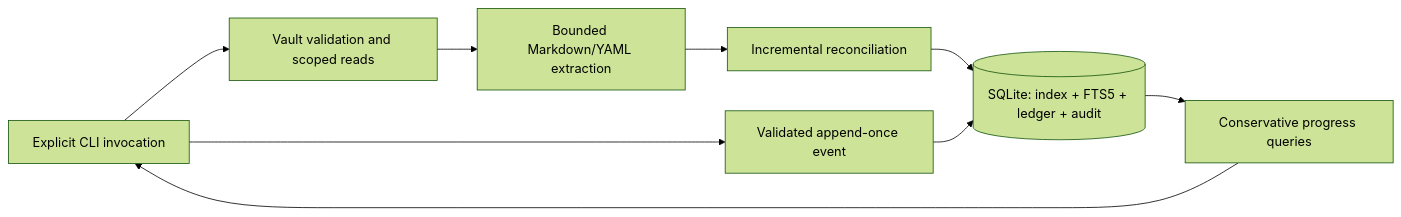
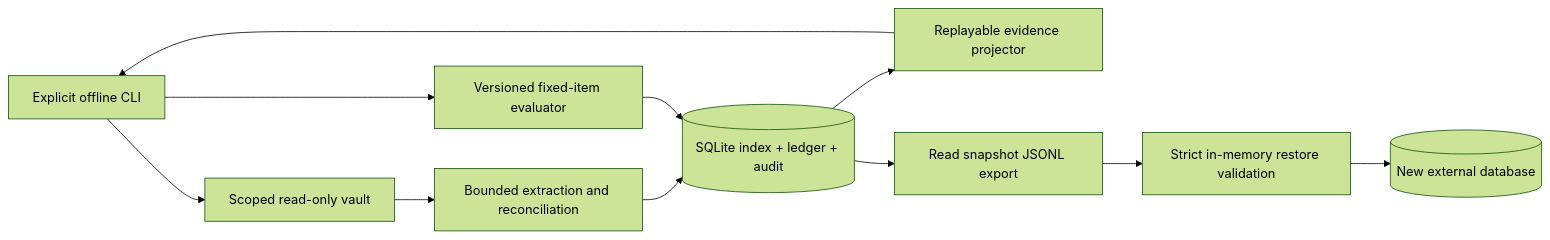
The diagram in docs/ARCHITECTURE.md (Yanyi-He/studybuddy), drawn with Mermaid (forest theme) before and after one commit. The commit also changed other lines of this file and 41 other files, not shown here.

Commit message:
feat: add versioned assessments and replayable learning evidence

````diff
--- a/docs/ARCHITECTURE.md
+++ b/docs/ARCHITECTURE.md
@@ -8,11 +8,13 @@
 ```mermaid
 flowchart LR
-    CLI[Explicit CLI invocation] --> V[Vault validation and scoped reads]
-    V --> P[Bounded Markdown/YAML extraction]
-    P --> I[Incremental reconciliation]
-    I --> DB[(SQLite: index + FTS5 + ledger + audit)]
-    CLI --> E[Validated append-once event]
-    E --> DB
-    DB --> Q[Conservative progress queries]
-    Q --> CLI
+    C[Explicit offline CLI] --> V[Scoped read-only vault]
+    V --> I[Bounded extraction and reconciliation]
+    I --> D[(SQLite index + ledger + audit)]
+    C --> A[Versioned fixed-item evaluator]
+    A --> D
+    D --> P[Replayable evidence projector]
+    P --> C
+    D --> E[Read snapshot JSONL export]
+    E --> R[Strict in-memory restore validation]
+    R --> N[(New external database)]
 ```
````
